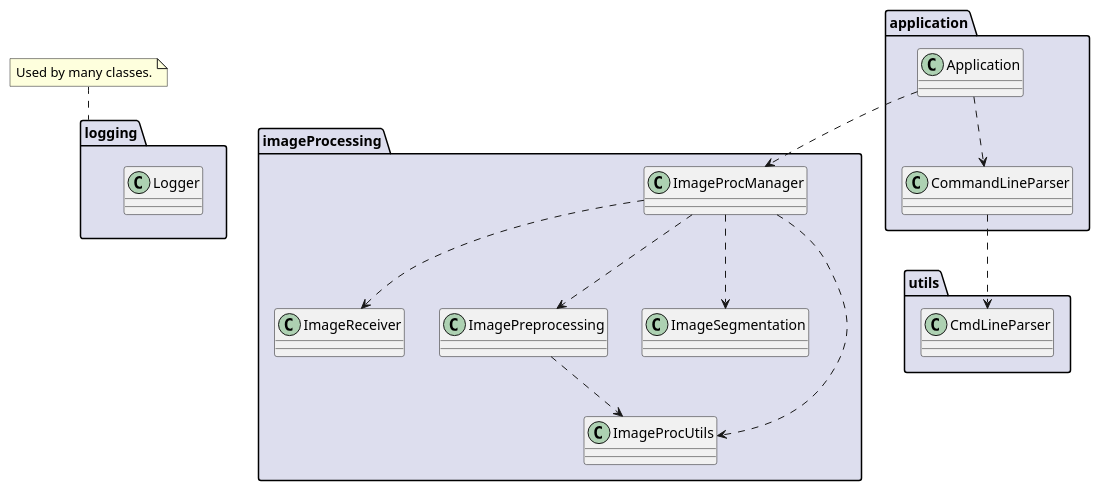
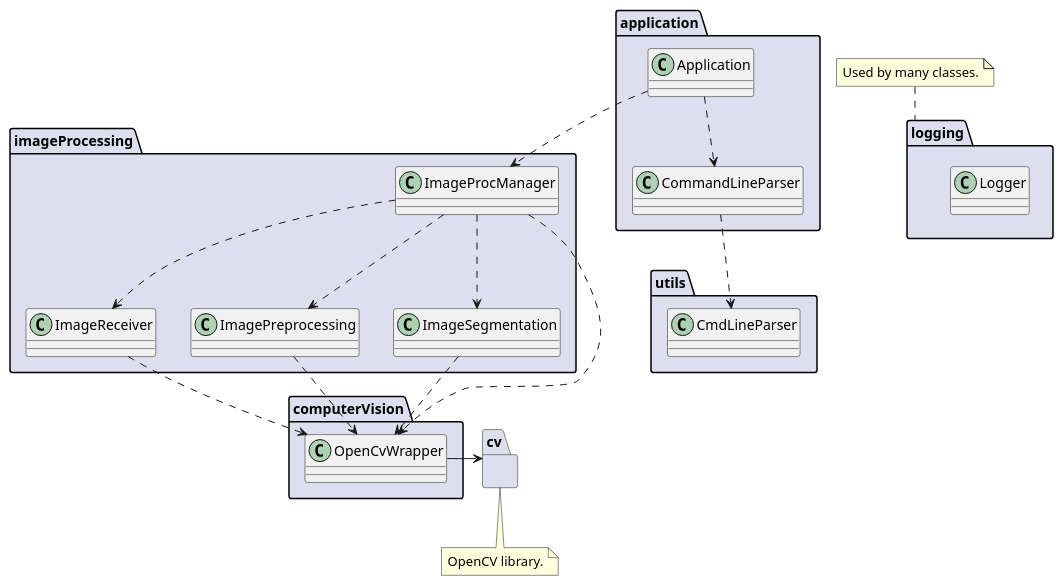
Before and after one commit to urisolve/circuit-segmentation: the diagram in diagrams/class_diagram_overview.puml, drawn with PlantUML. The commit also changed 42 other files, not shown here.

First line of the commit message:
Implement wrapper of the OpenCV library

```diff
--- a/diagrams/class_diagram_overview.puml
+++ b/diagrams/class_diagram_overview.puml
@@ -1,54 +1,65 @@
 @startuml class_diagram_overview
 
 ' Separator for namespace
 set namespaceSeparator ::
 
 ' Logging
 namespace logging #DDDEEE {
     class Logger {
     }
 }
 note top of logging: Used by many classes.
 
 ' Utils
 namespace utils #DDDEEE {
     class CmdLineParser {
     }
 }
 
+' OpenCV
+namespace cv #DDDEEE {
+}
+note bottom of cv: OpenCV library.
+
+' Computer vision
+namespace computerVision #DDDEEE {
+    class OpenCvWrapper {
+    }
+    OpenCvWrapper -> cv
+}
+
 ' Image processing
 namespace imageProcessing #DDDEEE {
     class ImageProcManager {
     }
     ImageProcManager ..> ImageReceiver
     ImageProcManager ..> ImagePreprocessing
     ImageProcManager ..> ImageSegmentation
-    ImageProcManager ..> ImageProcUtils
+    ImageProcManager ..> computerVision::OpenCvWrapper
 
     class ImageReceiver {
     }
+    ImageReceiver ..> computerVision::OpenCvWrapper
 
     class ImagePreprocessing {
     }
-    ImagePreprocessing ..> ImageProcUtils
+    ImagePreprocessing ..> computerVision::OpenCvWrapper
 
     class ImageSegmentation {
     }
-
-    class ImageProcUtils {
-    }
+    ImageSegmentation ..> computerVision::OpenCvWrapper
 }
 
 ' Application
 namespace application #DDDEEE {
     class Application {
     }
     Application ..> CommandLineParser
     Application ..> imageProcessing::ImageProcManager
 
     class CommandLineParser {
     }
     CommandLineParser ..> utils::CmdLineParser
 }
 
 @enduml
```
